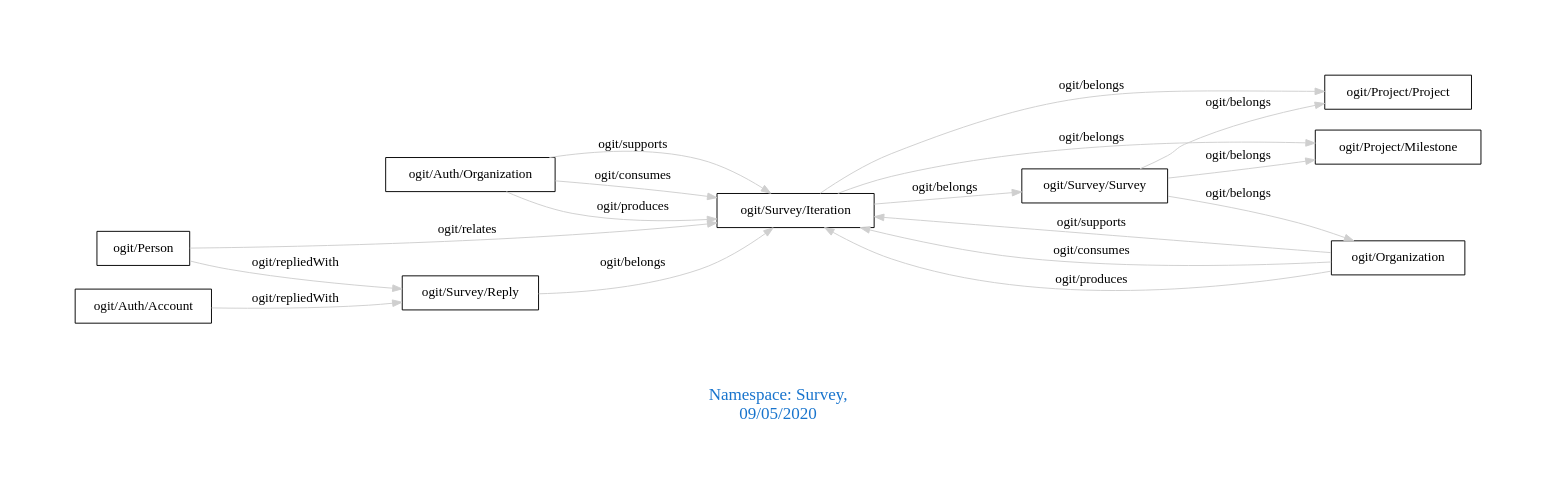
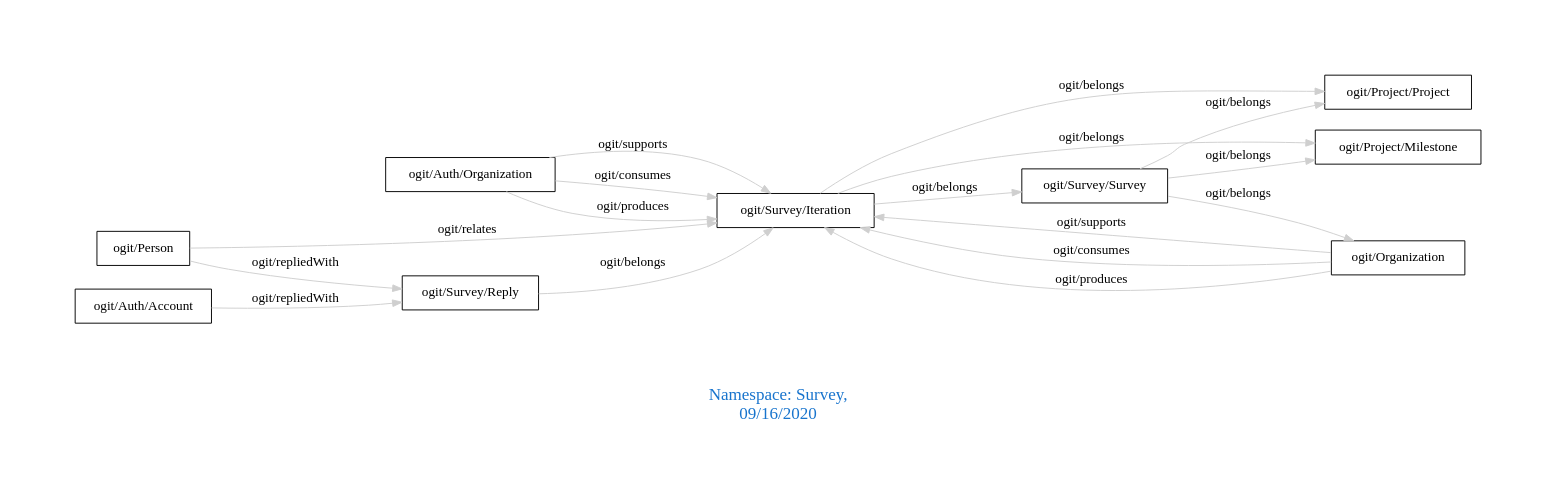
One commit to arago/OGIT changed the diagram in downloads/Survey.dot. Above: the diagram before and after it, drawn with Graphviz. The commit also changed 1832 other files, not shown here.

```diff
--- a/downloads/Survey.dot
+++ b/downloads/Survey.dot
@@ -1,24 +1,24 @@
 digraph OGIT_ontology {
  graph [ rankdir= LR,pad=1 
 fontsize = 18,
-fontcolor= dodgerblue3,label = "\n\n\nNamespace: Survey, \n 09/05/2020"];
+fontcolor= dodgerblue3,label = "\n\n\nNamespace: Survey, \n 09/16/2020"];
 node[shape=polygon];
 edge [  color="gray81"];
 
    "ogit/Auth/Organization" -> "ogit/Survey/Iteration" [label="   ogit/supports    "];
    "ogit/Organization" -> "ogit/Survey/Iteration" [label="   ogit/supports    "];
    "ogit/Auth/Organization" -> "ogit/Survey/Iteration" [label="   ogit/consumes    "];
    "ogit/Organization" -> "ogit/Survey/Iteration" [label="   ogit/consumes    "];
    "ogit/Auth/Organization" -> "ogit/Survey/Iteration" [label="   ogit/produces    "];
    "ogit/Organization" -> "ogit/Survey/Iteration" [label="   ogit/produces    "];
    "ogit/Survey/Iteration" -> "ogit/Project/Milestone" [label="   ogit/belongs    "];
    "ogit/Survey/Iteration" -> "ogit/Project/Project" [label="   ogit/belongs    "];
    "ogit/Survey/Iteration" -> "ogit/Survey/Survey" [label="   ogit/belongs    "];
    "ogit/Survey/Reply" -> "ogit/Survey/Iteration" [label="   ogit/belongs    "];
    "ogit/Survey/Survey" -> "ogit/Organization" [label="   ogit/belongs    "];
    "ogit/Survey/Survey" -> "ogit/Project/Milestone" [label="   ogit/belongs    "];
    "ogit/Survey/Survey" -> "ogit/Project/Project" [label="   ogit/belongs    "];
    "ogit/Auth/Account" -> "ogit/Survey/Reply" [label="   ogit/repliedWith    "];
    "ogit/Person" -> "ogit/Survey/Reply" [label="   ogit/repliedWith    "];
    "ogit/Person" -> "ogit/Survey/Iteration" [label="   ogit/relates    "];
 }
```
